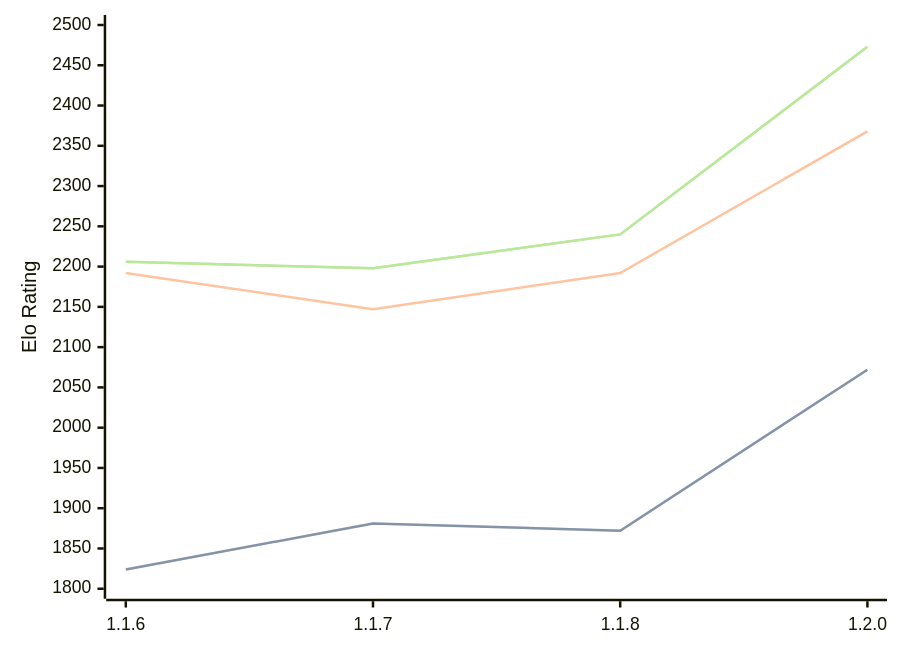
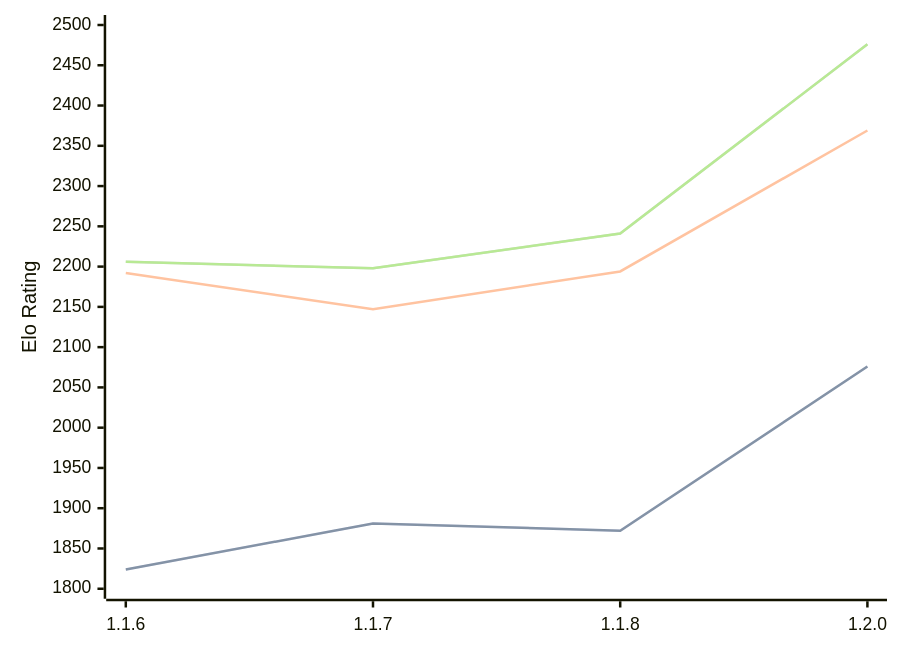
One commit to computer-chess-index/cci changed the diagram in engines/Soomi.md. Above: the diagram before and after it, drawn with Mermaid. The commit also changed other lines of this file, not shown here.

Commit message:
Update CCI Ratings (ELO VLTC) - 2026-02-18

````diff
--- a/engines/Soomi.md
+++ b/engines/Soomi.md
@@ -31,11 +31,11 @@
 ```mermaid
 %%{init: {"theme":"base","themeVariables":{"seriesColors:['#a3a3a3','#222221','#faa371']}}}%%
 xychart-beta
   x-axis ["1.1.6", "1.1.7", "1.1.8", "1.2.0"]
   y-axis "Elo Rating" 1800 --> 2500
-  line "STC (8.0+0.08s)" [1824, 1881, 1872, 2072]
-  line "STC (8.0+0.08s)" [1824, 1881, 1872, 2072]
-  line "LTC (60.0+0.60s)" [2192, 2147, 2192, 2368]
-  line "VLTC (2m24s+1.12s)" [2206, 2198, 2240, 2473]
-  line "VLTC (2m24s+1.12s)" [2206, 2198, 2240, 2473]
+  line "STC (8.0+0.08s)" [1824, 1881, 1872, 2076]
+  line "STC (8.0+0.08s)" [1824, 1881, 1872, 2076]
+  line "LTC (60.0+0.60s)" [2192, 2147, 2194, 2369]
+  line "VLTC (2m24s+1.12s)" [2206, 2198, 2241, 2476]
+  line "VLTC (2m24s+1.12s)" [2206, 2198, 2241, 2476]
 ```
````
